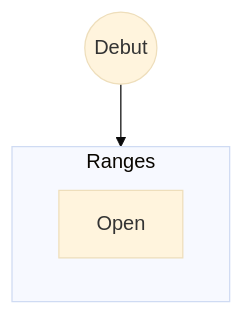
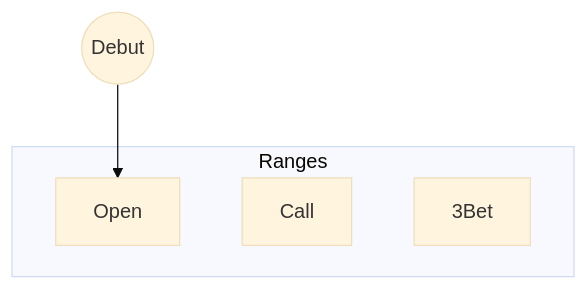
One commit to ilovepkr/beautiful-jekyll changed the diagram in _posts/2018-09-01-start.md. Above: the diagram before and after it, drawn with Mermaid (base theme). The commit also changed other lines of this file, not shown here.

````diff
--- a/_posts/2018-09-01-start.md
+++ b/_posts/2018-09-01-start.md
@@ -62,7 +62,9 @@
 ```mermaid
 graph TB
-A((Debut)) --> Ranges
+A((Debut)) --> Open
 subgraph Ranges
 Open
+Call
+3Bet
 end
 ```
````
